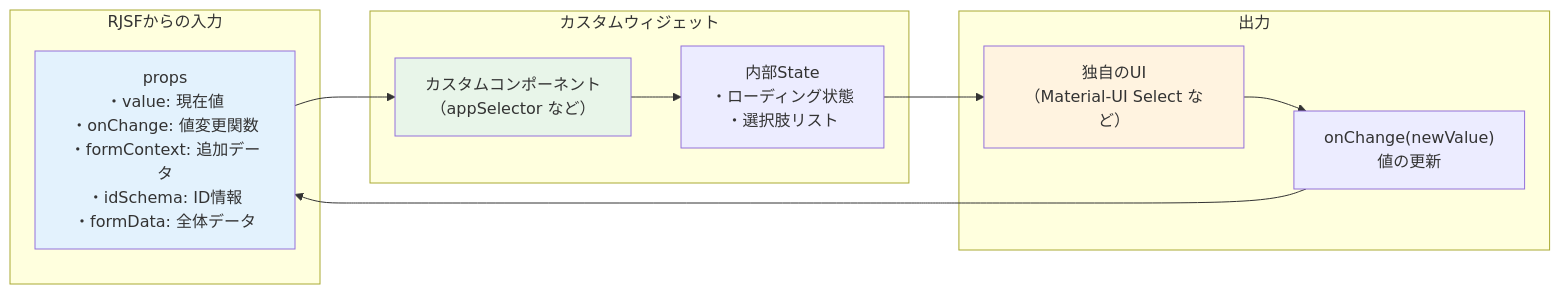
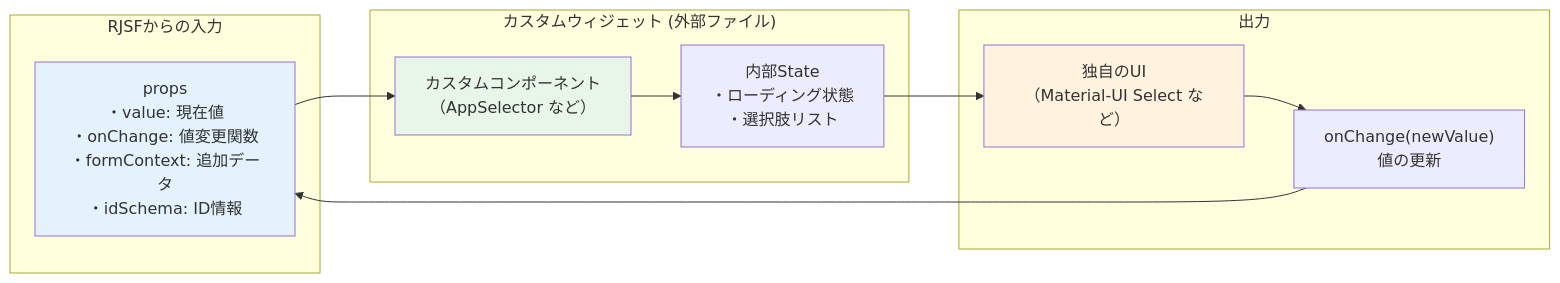
The third of 4 diagrams in docs/react-jsonschema-form-usage.md (okayus/kintone-plugin-template), drawn with Mermaid before and after one commit. The commit also changed other lines of this file and 3 other files, not shown here.

````diff
--- a/docs/react-jsonschema-form-usage.md
+++ b/docs/react-jsonschema-form-usage.md
@@ -144,26 +201,26 @@
 ```mermaid
 graph LR
     subgraph "RJSFからの入力"
-        Props["props<br/>・value: 現在値<br/>・onChange: 値変更関数<br/>・formContext: 追加データ<br/>・idSchema: ID情報<br/>・formData: 全体データ"]
+        Props["props<br/>・value: 現在値<br/>・onChange: 値変更関数<br/>・formContext: 追加データ<br/>・idSchema: ID情報"]
     end
     
-    subgraph "カスタムウィジェット"
-        Widget["カスタムコンポーネント<br/>（appSelector など）"]
+    subgraph "カスタムウィジェット (外部ファイル)"
+        Widget["カスタムコンポーネント<br/>（AppSelector など）"]
         State["内部State<br/>・ローディング状態<br/>・選択肢リスト"]
     end
     
     subgraph "出力"
         UI["独自のUI<br/>（Material-UI Select など）"]
         Change["onChange(newValue)<br/>値の更新"]
     end
     
     Props --> Widget
     Widget --> State
     State --> UI
     UI --> Change
     Change --> Props
     
     style Props fill:#e3f2fd
     style Widget fill:#e8f5e9
     style UI fill:#fff3e0
 ```
````
